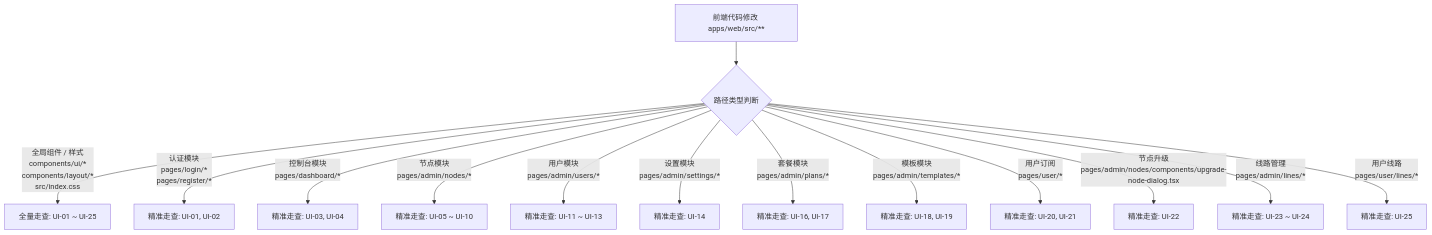
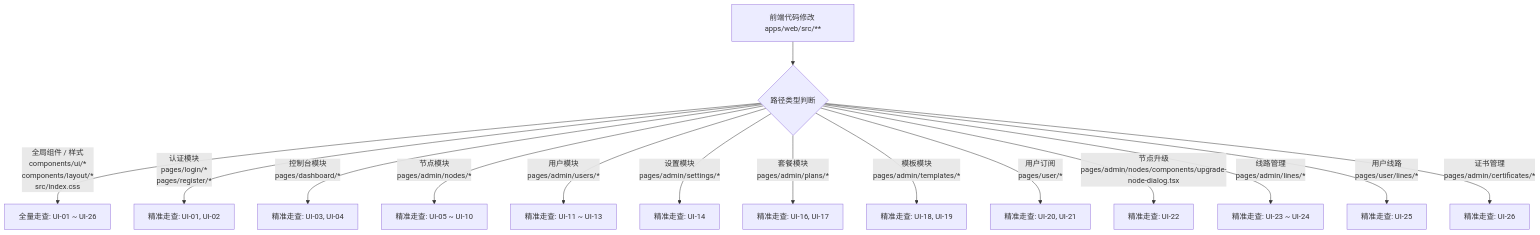
The diagram in docs/VISUAL_VERIFICATION.md (Nanako660/riricloud), drawn with Mermaid before and after one commit. The commit also changed other lines of this file and 44 other files, not shown here.

````diff
--- a/docs/VISUAL_VERIFICATION.md
+++ b/docs/VISUAL_VERIFICATION.md
@@ -75,16 +76,17 @@
 ```mermaid
 flowchart TD
     Change[前端代码修改 apps/web/src/**] --> PathCheck{路径类型判断}
-    PathCheck -->|全局组件 / 样式\ncomponents/ui/*\ncomponents/layout/*\nsrc/index.css| Full[全量走查: UI-01 ~ UI-25]
+    PathCheck -->|全局组件 / 样式\ncomponents/ui/*\ncomponents/layout/*\nsrc/index.css| Full[全量走查: UI-01 ~ UI-26]
     PathCheck -->|认证模块\npages/login/*\npages/register/*| Auth[精准走查: UI-01, UI-02]
     PathCheck -->|控制台模块\npages/dashboard/*| Dash[精准走查: UI-03, UI-04]
     PathCheck -->|节点模块\npages/admin/nodes/*| Node[精准走查: UI-05 ~ UI-10]
     PathCheck -->|用户模块\npages/admin/users/*| User[精准走查: UI-11 ~ UI-13]
     PathCheck -->|设置模块\npages/admin/settings/*| Sett[精准走查: UI-14]
     PathCheck -->|套餐模块\npages/admin/plans/*| Plans[精准走查: UI-16, UI-17]
     PathCheck -->|模板模块\npages/admin/templates/*| Templates[精准走查: UI-18, UI-19]
     PathCheck -->|用户订阅\npages/user/*| UserSubs[精准走查: UI-20, UI-21]
     PathCheck -->|节点升级\npages/admin/nodes/components/upgrade-node-dialog.tsx| Upgrade[精准走查: UI-22]
     PathCheck -->|线路管理\npages/admin/lines/*| Lines[精准走查: UI-23 ~ UI-24]
     PathCheck -->|用户线路\npages/user/lines/*| UserLines[精准走查: UI-25]
+    PathCheck -->|证书管理\npages/admin/certificates/*| Certificates[精准走查: UI-26]
 ```
````
